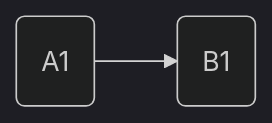
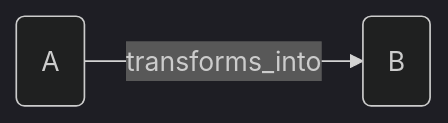
The second of 5 diagrams in readme.md (cowboyai/cim-start), drawn with Mermaid (dark theme) before and after one commit. The commit also changed other lines of this file and 2 other files, not shown here.

````diff
--- a/readme.md
+++ b/readme.md
@@ -52,4 +71,4 @@
 ```mermaid
 graph LR
-    A1("A1") --> B1("B1")
+A("A") -- "transforms_into" --> B("B")
 ```
````
